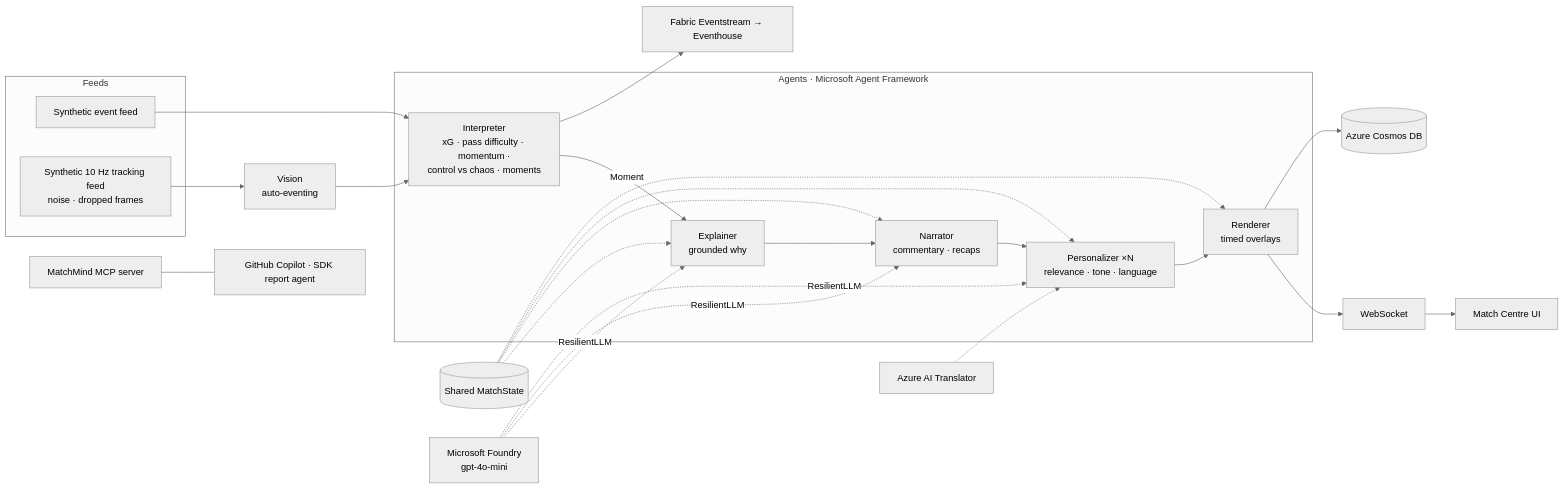
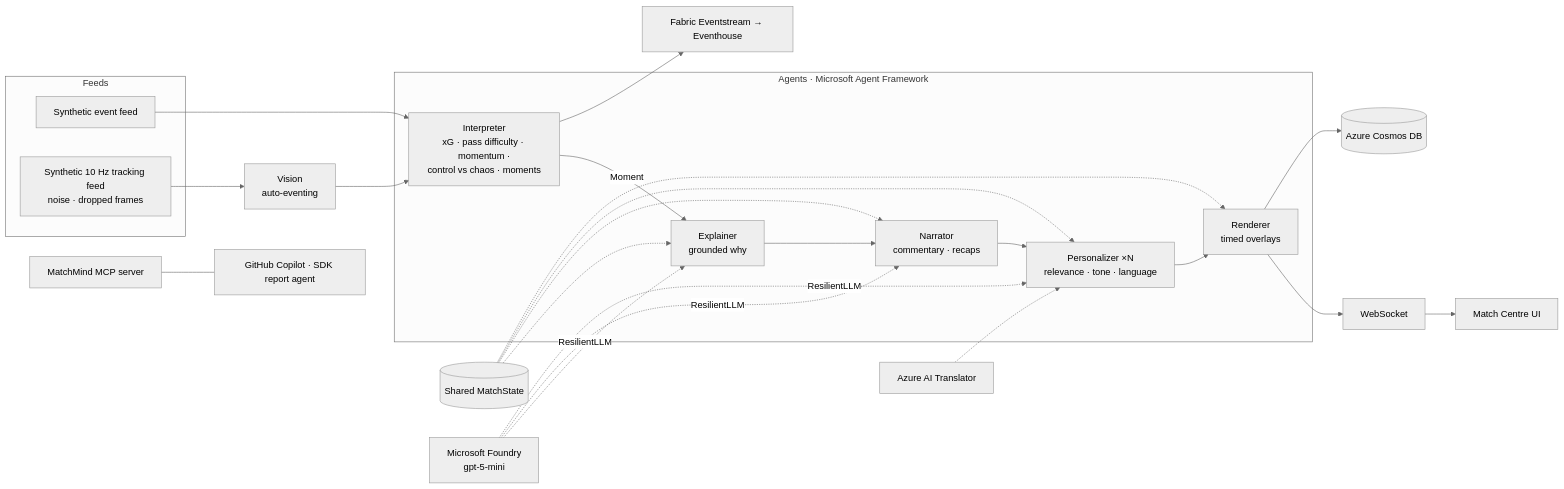
Before and after one commit to auroraeye-dev/matchmind: the diagram in README.md, drawn with Mermaid (neutral theme). The commit also changed other lines of this file and 7 other files, not shown here.

First line of the commit message:
Deploy on gpt-5-mini; Azure CLI deploy script; free-trial-sized container

````diff
--- a/README.md
+++ b/README.md
@@ -45,25 +45,25 @@
 ```mermaid
 flowchart LR
     subgraph Feeds
       EV[Synthetic event feed]
       TR[Synthetic 10 Hz tracking feed<br/>noise · dropped frames]
     end
     TR --> VIS[Vision<br/>auto-eventing]
     EV --> INT
     VIS --> INT
     subgraph Agents["Agents · Microsoft Agent Framework"]
       INT[Interpreter<br/>xG · pass difficulty · momentum ·<br/>control vs chaos · moments]
       EXP[Explainer<br/>grounded why]
       NAR[Narrator<br/>commentary · recaps]
       PER[Personalizer ×N<br/>relevance · tone · language]
       REN[Renderer<br/>timed overlays]
     end
     INT -->|Moment| EXP --> NAR --> PER --> REN
     BB[(Shared MatchState)] -.-> EXP & NAR & PER & REN
-    FDY[Microsoft Foundry<br/>gpt-4o-mini] -.->|ResilientLLM| EXP & NAR & PER
+    FDY[Microsoft Foundry<br/>gpt-5-mini] -.->|ResilientLLM| EXP & NAR & PER
     TRL[Azure AI Translator] -.-> PER
     REN --> WS[WebSocket] --> UI[Match Centre UI]
     REN --> COS[(Azure Cosmos DB)]
     INT --> FAB[Fabric Eventstream → Eventhouse]
     MCP[MatchMind MCP server] --- COP[GitHub Copilot · SDK report agent]
 ```
````
